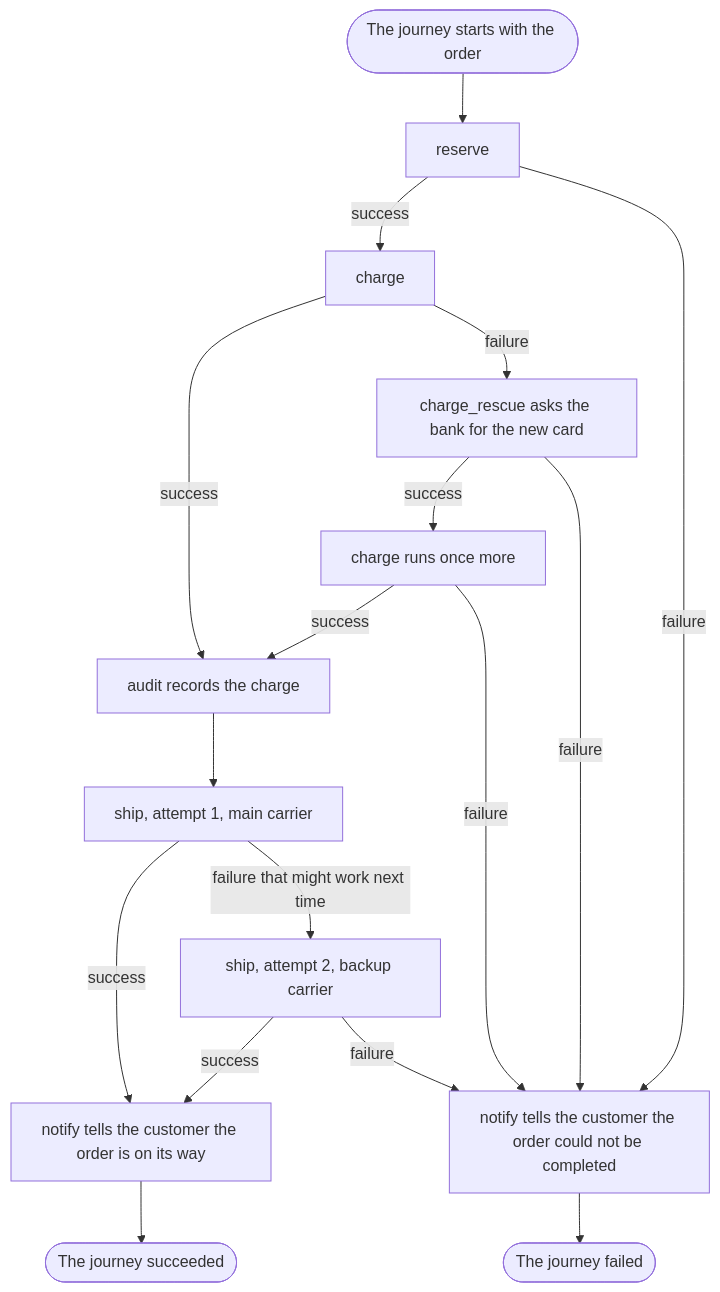
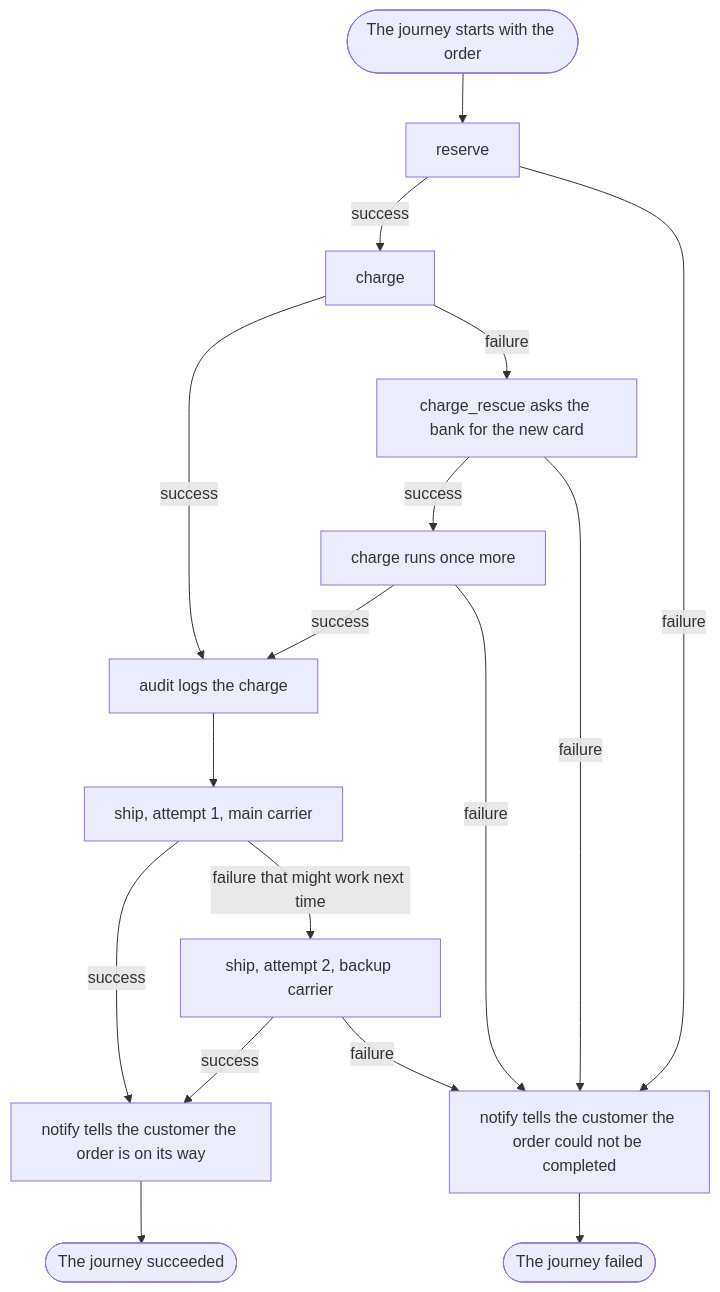
The diagram in rust/chapters/03-read-the-workflow-know-what-happens.md (itinera-dev/book), drawn with Mermaid before and after one commit. The commit also changed other lines of this file and 10 other files, not shown here.

````diff
--- a/rust/chapters/03-read-the-workflow-know-what-happens.md
+++ b/rust/chapters/03-read-the-workflow-know-what-happens.md
@@ -69,21 +66,21 @@
 ```mermaid
 flowchart TD
   accTitle: A journey through the shop
   accDescr: The journey reserves the goods, then charges the card. A successful charge is audited, then the order is shipped. A failed charge is rescued by charge_rescue; when the rescue succeeds the charge runs once more, and when the rescue or the second charge fails the journey fails. Shipping is tried with the main carrier; when it cannot take the parcel, shipping is tried once more with the backup carrier. When shipping succeeds, notify tells the customer and the journey succeeds. Any failure that is not repaired leads notify to tell the customer, and the journey fails.
   start([The journey starts with the order]) --> reserve[reserve]
   reserve -- success --> charge[charge]
   reserve -- failure --> told_failed[notify tells the customer the order could not be completed]
-  charge -- success --> audit[audit records the charge]
+  charge -- success --> audit[audit logs the charge]
   charge -- failure --> rescue[charge_rescue asks the bank for the new card]
   rescue -- success --> again[charge runs once more]
   rescue -- failure --> told_failed
   again -- success --> audit
   again -- failure --> told_failed
   audit --> ship[ship, attempt 1, main carrier]
   ship -- success --> told_shipped[notify tells the customer the order is on its way]
   ship -- failure that might work next time --> ship2[ship, attempt 2, backup carrier]
   ship2 -- success --> told_shipped
   ship2 -- failure --> told_failed
   told_shipped --> succeeded([The journey succeeded])
   told_failed --> failed([The journey failed])
 ```
````
